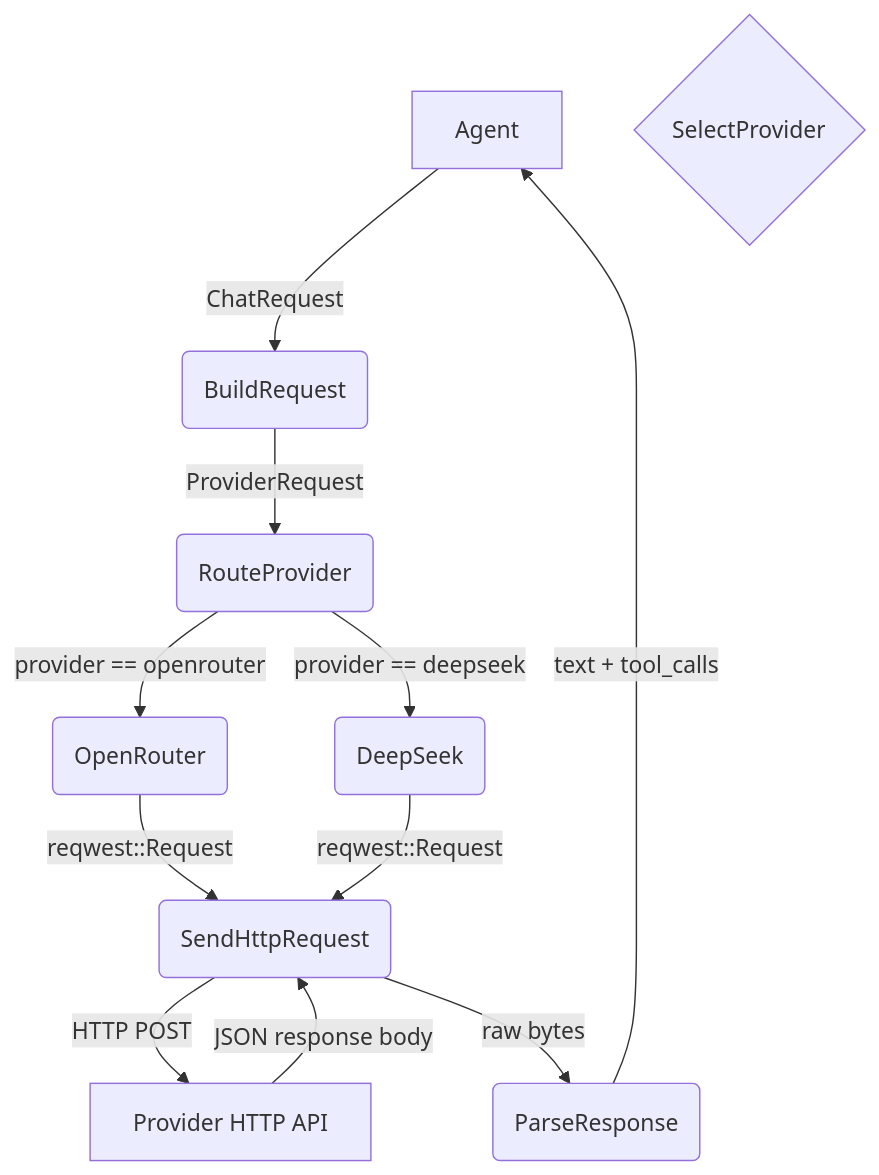
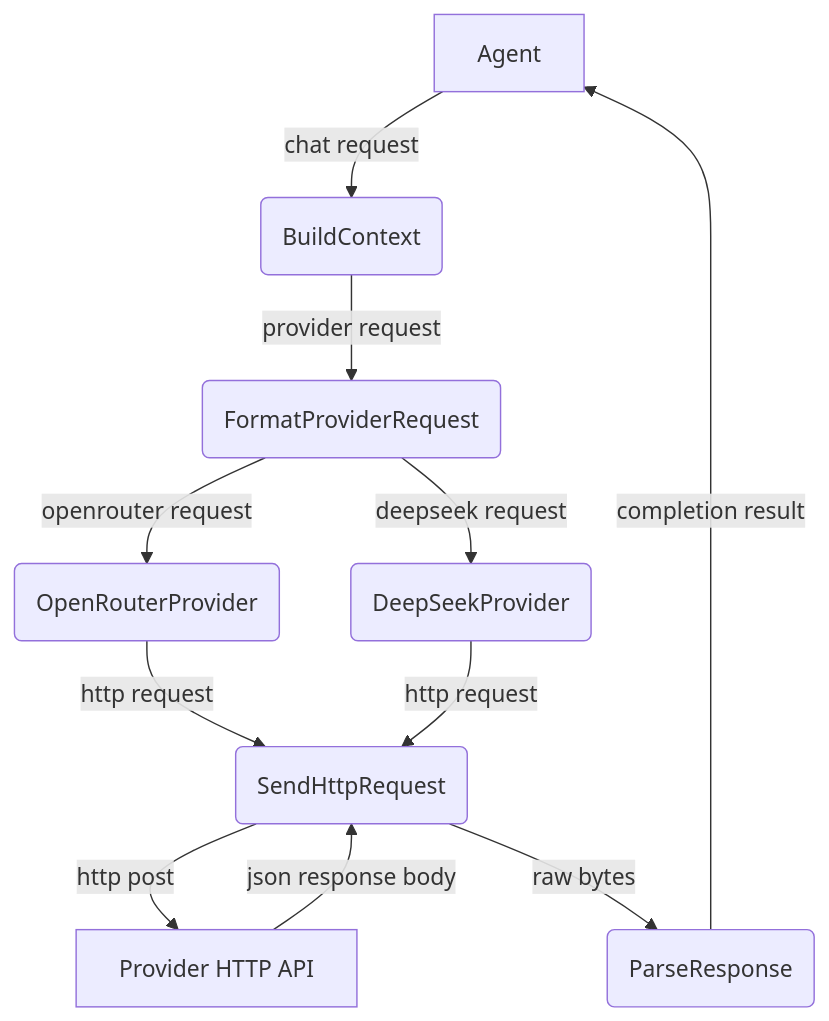
One commit to cosmoswafer/rockbot changed the first of 3 diagrams in _dfds/ai-provider.md. Above: the diagram before and after it, drawn with Mermaid. The commit also changed other lines of this file and 7 other files, not shown here.

````diff
--- a/_dfds/ai-provider.md
+++ b/_dfds/ai-provider.md
@@ -18,23 +18,22 @@
 ```mermaid
 flowchart TD
     AGENT[Agent]
-    BUILD(BuildRequest)
-    ROUTE(RouteProvider)
-    SELECT{SelectProvider}
-    OPENROUTER(OpenRouter)
-    DEEPSEEK(DeepSeek)
+    BUILD(BuildContext)
+    FORMAT(FormatProviderRequest)
+    OPENROUTER(OpenRouterProvider)
+    DEEPSEEK(DeepSeekProvider)
     HTTP(SendHttpRequest)
     PARSE(ParseResponse)
     PROVIDER_API[Provider HTTP API]
 
-    AGENT -->|"ChatRequest"| BUILD
-    BUILD -->|"ProviderRequest"| ROUTE
-    ROUTE -->|"provider == openrouter"| OPENROUTER
-    ROUTE -->|"provider == deepseek"| DEEPSEEK
-    OPENROUTER -->|"reqwest::Request"| HTTP
-    DEEPSEEK -->|"reqwest::Request"| HTTP
-    HTTP -->|"HTTP POST"| PROVIDER_API
-    PROVIDER_API -->|"JSON response body"| HTTP
+    AGENT -->|"chat request"| BUILD
+    BUILD -->|"provider request"| FORMAT
+    FORMAT -->|"openrouter request"| OPENROUTER
+    FORMAT -->|"deepseek request"| DEEPSEEK
+    OPENROUTER -->|"http request"| HTTP
+    DEEPSEEK -->|"http request"| HTTP
+    HTTP -->|"http post"| PROVIDER_API
+    PROVIDER_API -->|"json response body"| HTTP
     HTTP -->|"raw bytes"| PARSE
-    PARSE -->|"text + tool_calls"| AGENT
+    PARSE -->|"completion result"| AGENT
 ```
````
